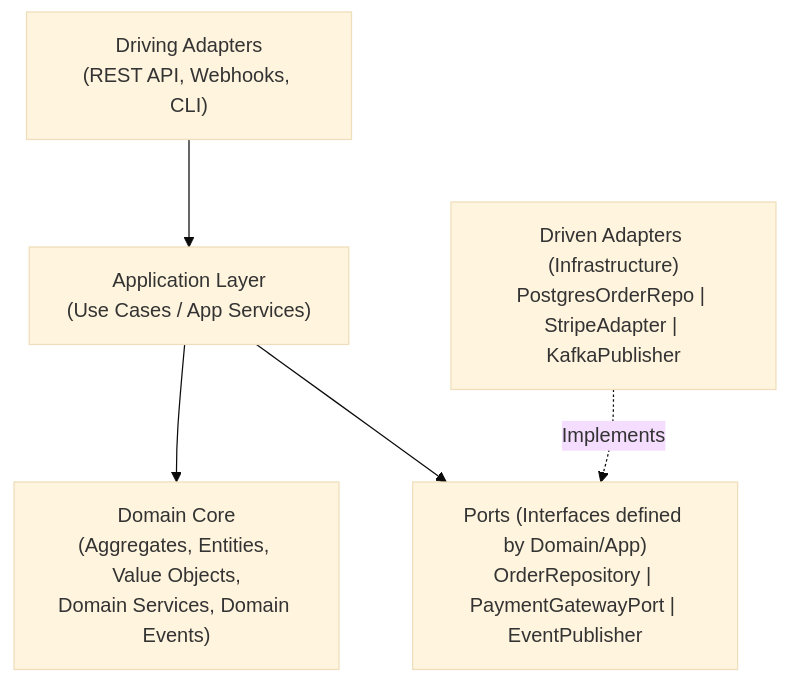
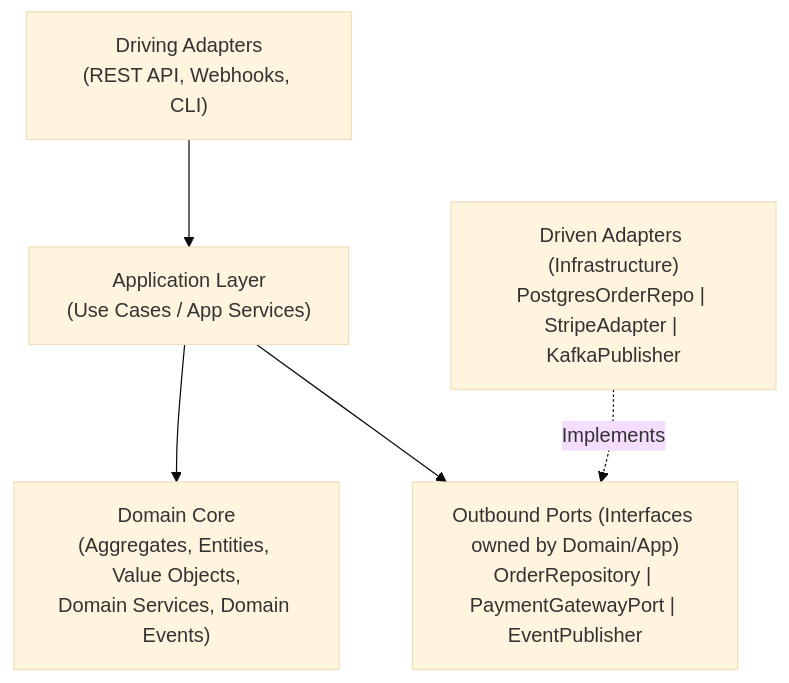
One commit to fightlightdiamond/uml-2026 changed the third of 3 diagrams in sa/ddd_deep_dive_supplement.md. Above: the diagram before and after it, drawn with Mermaid (base theme). The commit also changed other lines of this file and 15 other files, not shown here.

````diff
--- a/sa/ddd_deep_dive_supplement.md
+++ b/sa/ddd_deep_dive_supplement.md
@@ -148,13 +151,13 @@
 ```mermaid
 flowchart TB
     API["Driving Adapters<br/>(REST API, Webhooks, CLI)"]
     APP["Application Layer<br/>(Use Cases / App Services)"]
     DOM["Domain Core<br/>(Aggregates, Entities, Value Objects,<br/>Domain Services, Domain Events)"]
-    PORTS["Ports (Interfaces defined by Domain/App)<br/>OrderRepository | PaymentGatewayPort | EventPublisher"]
+    PORTS["Outbound Ports (Interfaces owned by Domain/App)<br/>OrderRepository | PaymentGatewayPort | EventPublisher"]
     INFRA["Driven Adapters (Infrastructure)<br/>PostgresOrderRepo | StripeAdapter | KafkaPublisher"]
 
     API --> APP
     APP --> DOM
     APP --> PORTS
     INFRA -.->|"Implements"| PORTS
 ```
````
